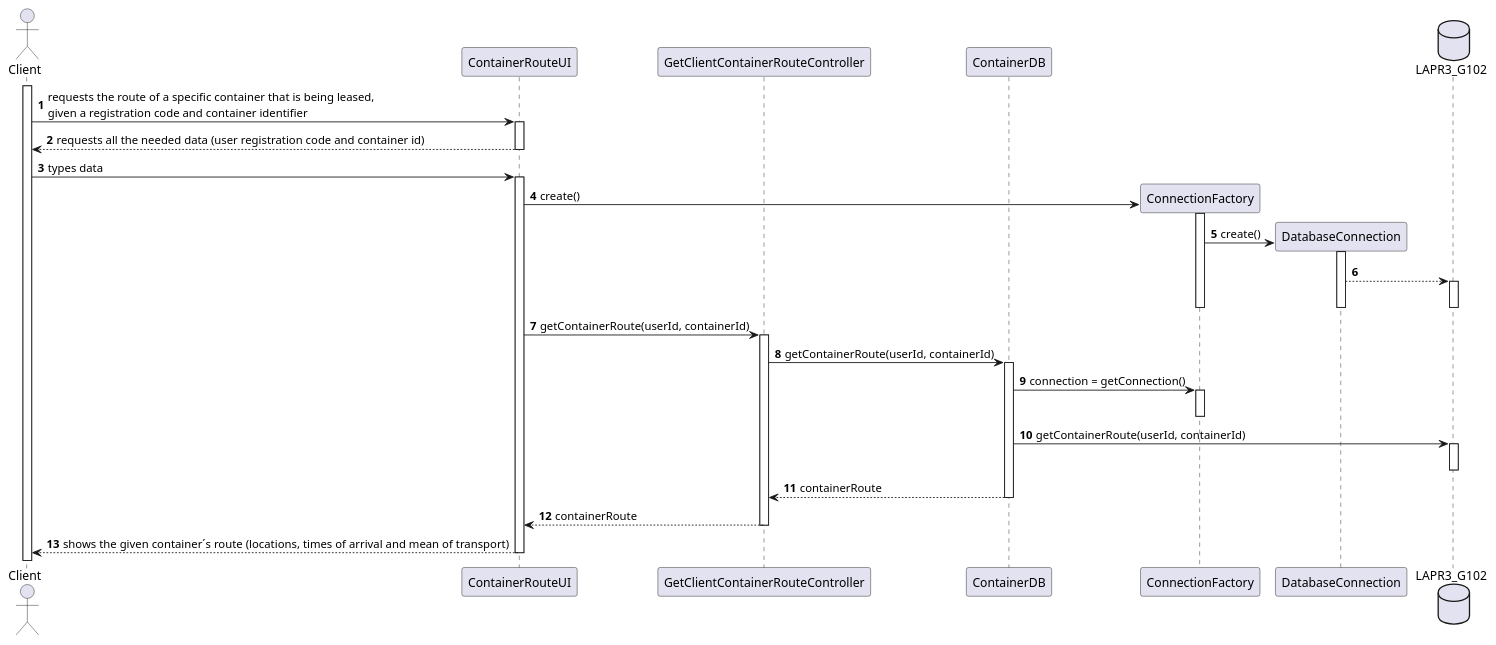
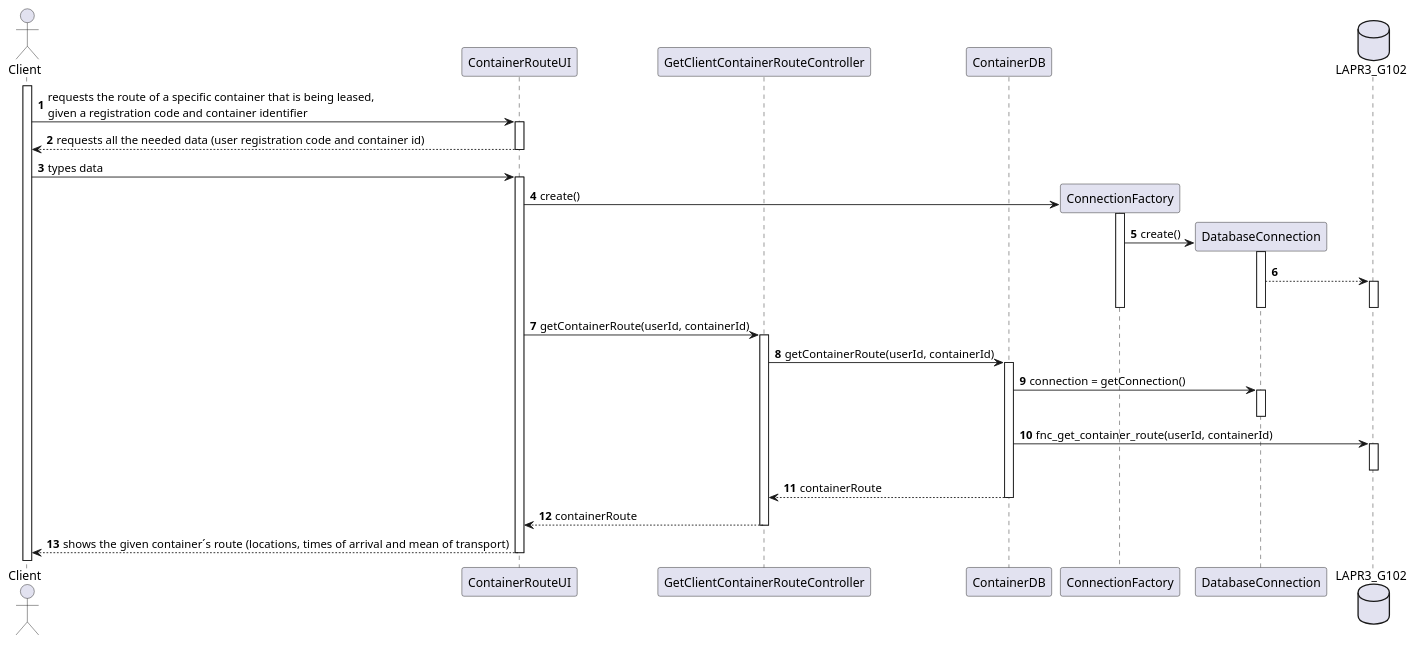
Before and after one commit to mpoboas/lapr3-2021-g102: the diagram in docs/Sprint3/US305/US305_SD.puml, drawn with PlantUML. The commit also changed 3 other files, not shown here.

```diff
--- a/docs/Sprint3/US305/US305_SD.puml
+++ b/docs/Sprint3/US305/US305_SD.puml
@@ -1,52 +1,52 @@
 @startuml
 autonumber
 'hide footbox
 
 actor "Client" as CL
 
 participant "ContainerRouteUI" as UI
 participant "GetClientContainerRouteController" as CTRL
 participant "ContainerDB" as CONTAINERDB
 participant ConnectionFactory as CF
 participant DatabaseConnection as DC
 database LAPR3_G102 as DB
 
 activate CL
 CL -> UI : requests the route of a specific container that is being leased,\ngiven a registration code and container identifier
 activate UI
 UI --> CL : requests all the needed data (user registration code and container id)
 deactivate UI
 
 CL -> UI : types data
 activate UI
 
 UI -> CF** : create()
 activate CF
 CF -> DC** : create()
 activate DC
 DC --> DB
 activate DB
 deactivate DB
 deactivate DC
 deactivate CF
 
 UI -> CTRL : getContainerRoute(userId, containerId)
 activate CTRL
 CTRL -> CONTAINERDB : getContainerRoute(userId, containerId)
 activate CONTAINERDB
 
-CONTAINERDB -> CF : connection = getConnection()
-activate CF
-deactivate CF
+CONTAINERDB -> DC : connection = getConnection()
+activate DC
+deactivate DC
 
-CONTAINERDB -> DB : getContainerRoute(userId, containerId)
+CONTAINERDB -> DB : fnc_get_container_route(userId, containerId)
 activate DB
 deactivate DB
 CONTAINERDB --> CTRL : containerRoute
 deactivate CONTAINERDB
 deactivate CONTAINERDB
 CTRL --> UI : containerRoute
 deactivate CTRL
 UI --> CL : shows the given container´s route (locations, times of arrival and mean of transport)
 deactivate UI
 @enduml
```
